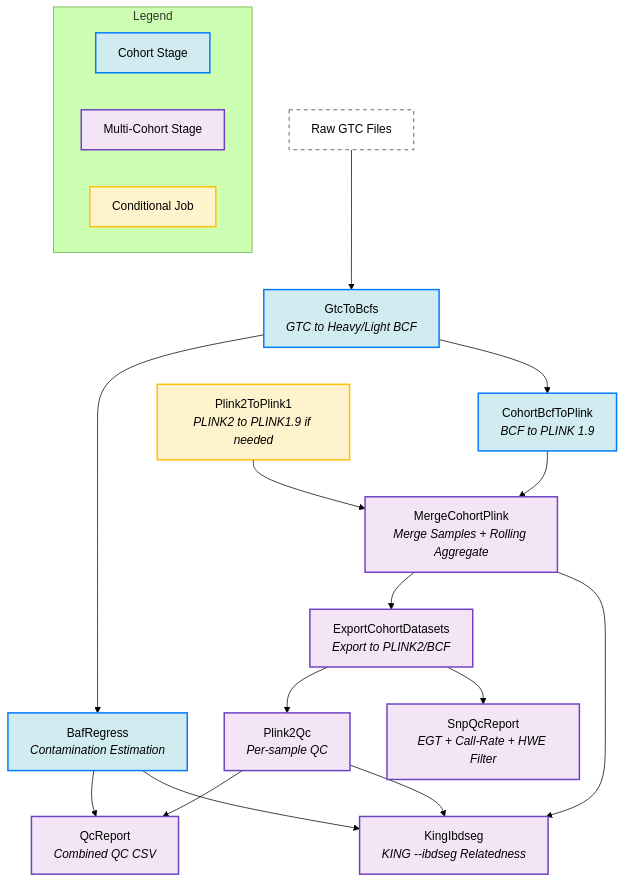
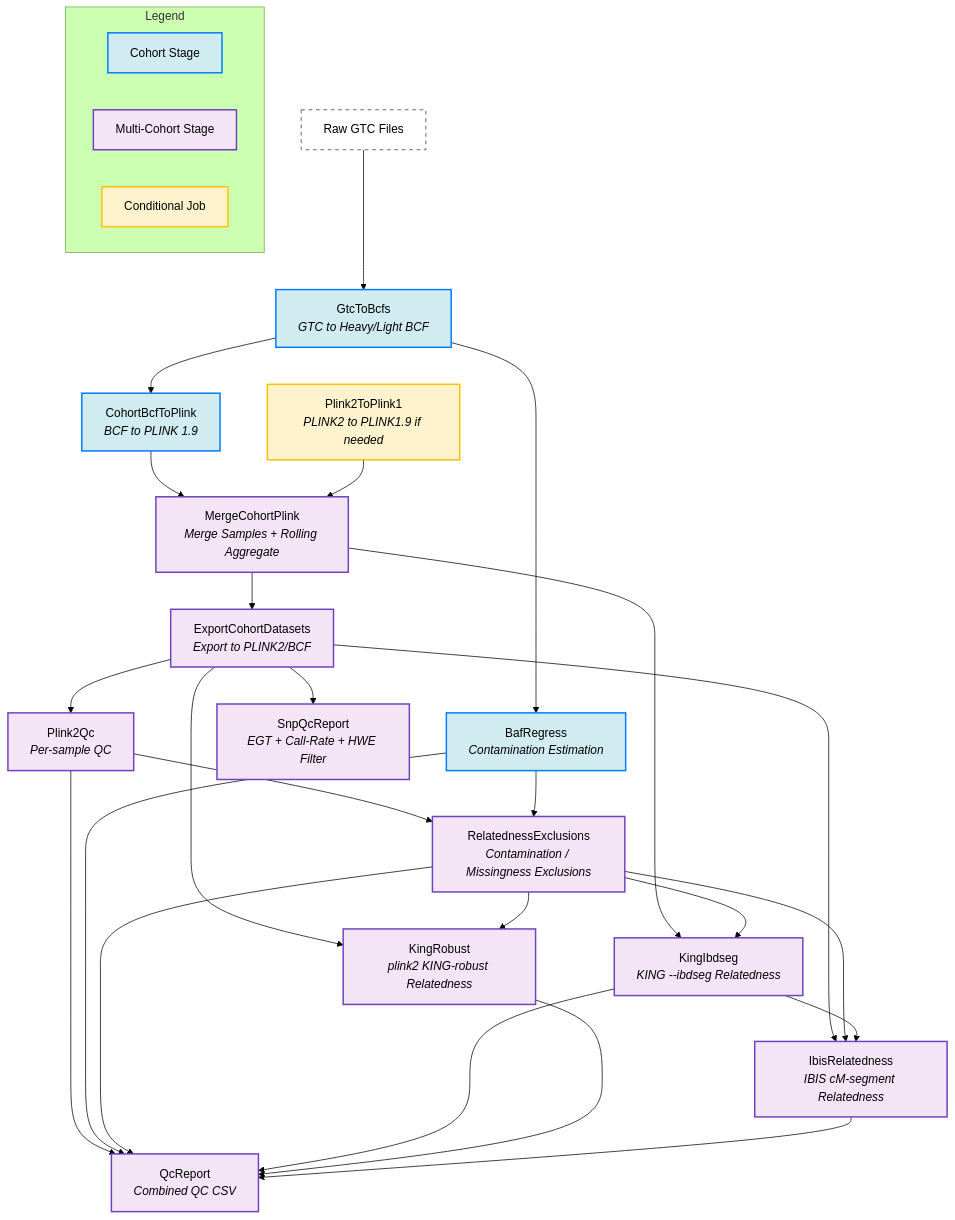
The diagram in pipeline_dag.mmd (populationgenomics/popgen-genotyping), drawn with Mermaid (forest theme) before and after one commit. The commit also changed 20 other files, not shown here.

Commit message:
Add KING-robust and IBIS relatedness stages alongside KING --ibdseg, split the sample exclusions into their own stage, and report all three estimators in the QC CSV

```diff
--- a/pipeline_dag.mmd
+++ b/pipeline_dag.mmd
@@ -1,33 +1,43 @@
 graph TD
     subgraph Legend
         direction LR
         L1[Cohort Stage]:::cohort
         L2[Multi-Cohort Stage]:::multicohort
         L3[Conditional Job]:::conditional
     end
 
     %% DAG Structure
     GTC[Raw GTC Files]:::data --> GtoB[GtcToBcfs<br/><i>GTC to Heavy/Light BCF</i>]:::cohort
     GtoB --> BAF[BafRegress<br/><i>Contamination Estimation</i>]:::cohort
     GtoB --> BtoP[CohortBcfToPlink<br/><i>BCF to PLINK 1.9</i>]:::cohort
     BtoP --> MCP[MergeCohortPlink<br/><i>Merge Samples + Rolling Aggregate</i>]:::multicohort
     P2P1[Plink2ToPlink1<br/><i>PLINK2 to PLINK1.9 if needed</i>]:::conditional --> MCP
     MCP --> ECD[ExportCohortDatasets<br/><i>Export to PLINK2/BCF</i>]:::multicohort
     MCP --> KING[KingIbdseg<br/><i>KING --ibdseg Relatedness</i>]:::multicohort
     ECD --> QC[Plink2Qc<br/><i>Per-sample QC</i>]:::multicohort
     ECD --> SNP[SnpQcReport<br/><i>EGT + Call-Rate + HWE Filter</i>]:::multicohort
+    ECD --> KR[KingRobust<br/><i>plink2 KING-robust Relatedness</i>]:::multicohort
+    ECD --> IBIS[IbisRelatedness<br/><i>IBIS cM-segment Relatedness</i>]:::multicohort
+    QC --> EXC[RelatednessExclusions<br/><i>Contamination / Missingness Exclusions</i>]:::multicohort
     QC --> QR[QcReport<br/><i>Combined QC CSV</i>]:::multicohort
     BAF --> QR
-    BAF --> KING
-    QC --> KING
+    BAF --> EXC
+    EXC --> KING
+    EXC --> KR
+    EXC --> IBIS
+    EXC --> QR
+    KING --> IBIS
+    KING --> QR
+    KR --> QR
+    IBIS --> QR
 
     %% Component styling
     classDef cohort fill:#d1ecf1,stroke:#007bff,stroke-width:2px;
     classDef multicohort fill:#f3e5f5,stroke:#6f42c1,stroke-width:2px;
     classDef conditional fill:#fff3cd,stroke:#ffc107,stroke-width:2px;
     classDef data fill:#fff,stroke:#333,stroke-dasharray: 5 5;
 
     %% Explicit classes
     class GtoB,BAF,BtoP cohort;
-    class MCP,ECD,QC,KING,QR,SNP multicohort;
+    class MCP,ECD,QC,EXC,KING,KR,IBIS,QR,SNP multicohort;
     class P2P1 conditional;
```
